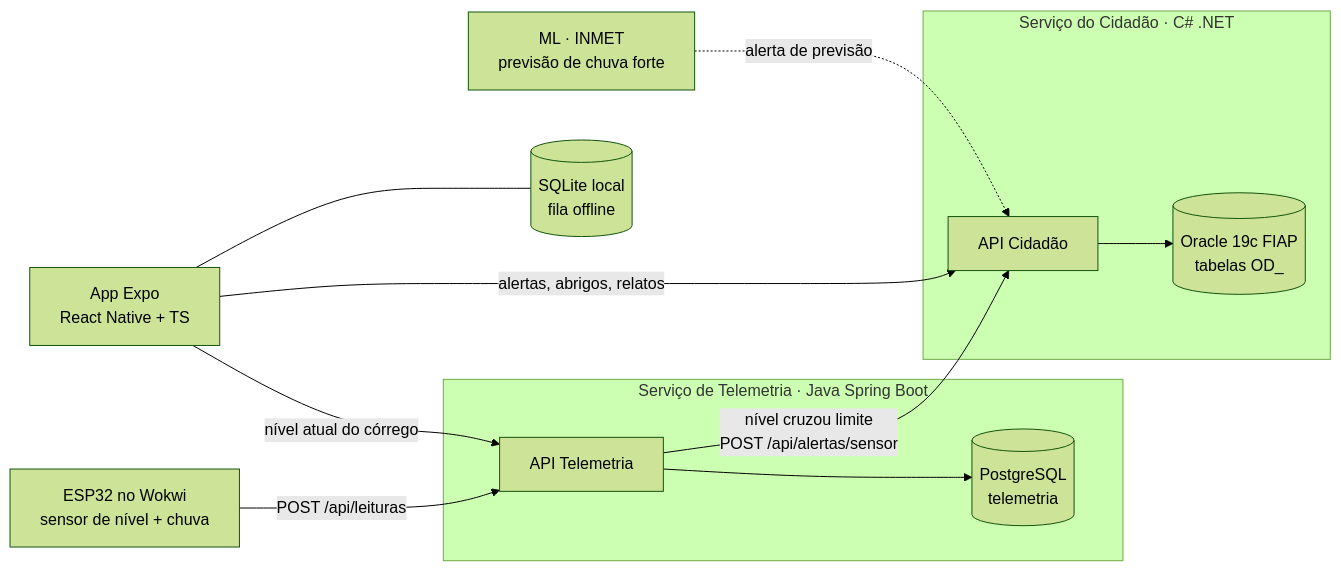
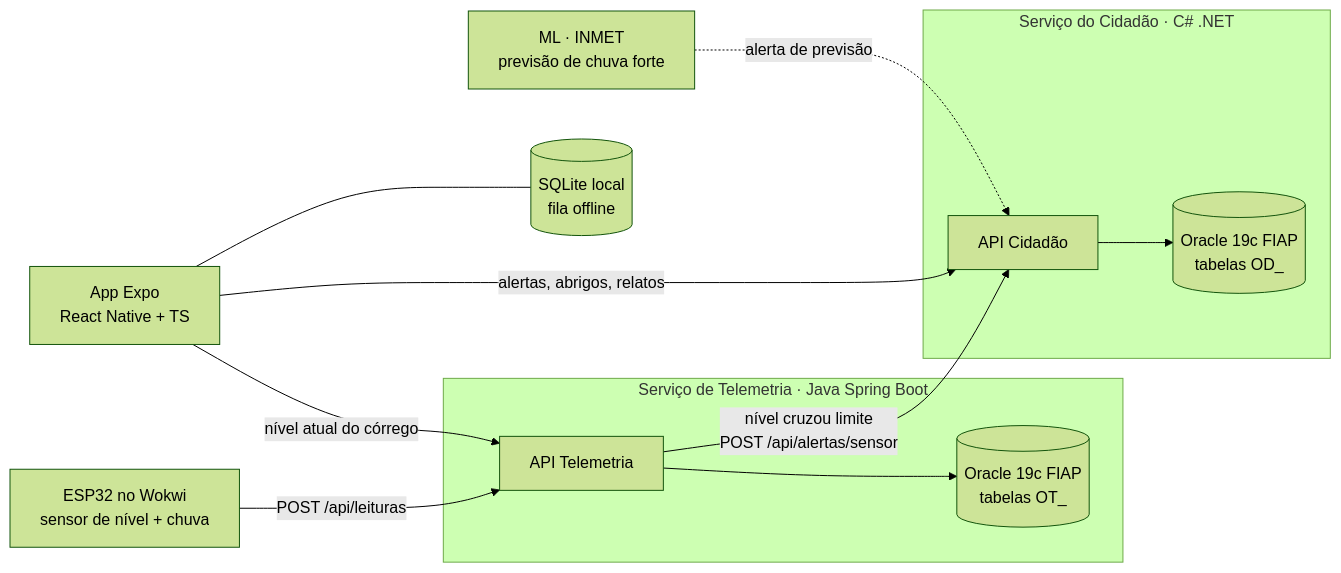
The diagram in README.md (PeOliveira18/Olho-dagua), drawn with Mermaid (forest theme) before and after one commit. The commit also changed other lines of this file and 1 other file, not shown here.

Commit message:
Atualiza a Ficha, o diagrama e o plano para o Oracle

````diff
--- a/README.md
+++ b/README.md
@@ -21,15 +21,15 @@
 ```mermaid
 flowchart LR
     ESP[ESP32 no Wokwi<br/>sensor de nível + chuva] -- POST /api/leituras --> TEL
     subgraph SOA [Serviço de Telemetria · Java Spring Boot]
-      TEL[API Telemetria] --> PGT[(PostgreSQL<br/>telemetria)]
+      TEL[API Telemetria] --> ORT[(Oracle 19c FIAP<br/>tabelas OT_)]
     end
     TEL -- "nível cruzou limite<br/>POST /api/alertas/sensor" --> CID
     subgraph CS [Serviço do Cidadão · C# .NET]
       CID[API Cidadão] --> ORA[(Oracle 19c FIAP<br/>tabelas OD_)]
     end
     APP[App Expo<br/>React Native + TS] -- alertas, abrigos, relatos --> CID
     APP -- nível atual do córrego --> TEL
     APP --- SQL[(SQLite local<br/>fila offline)]
     ML[ML · INMET<br/>previsão de chuva forte] -. alerta de previsão .-> CID
 ```
````
